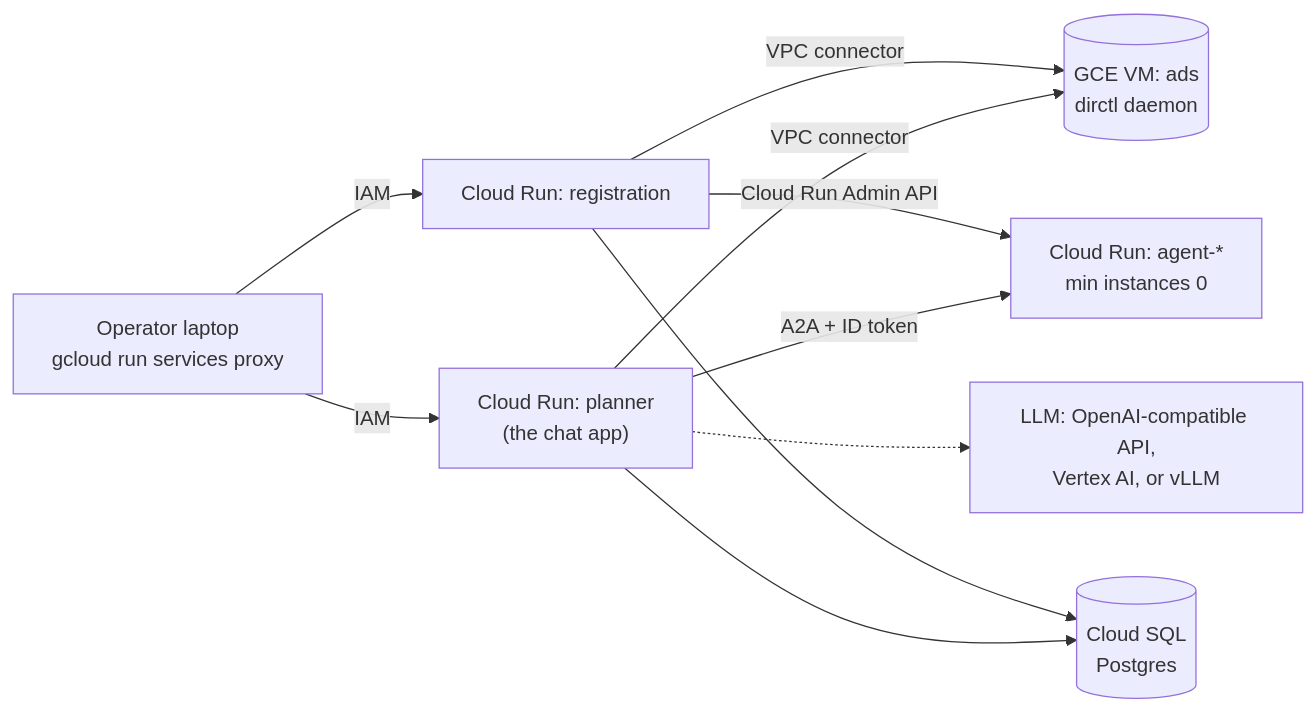
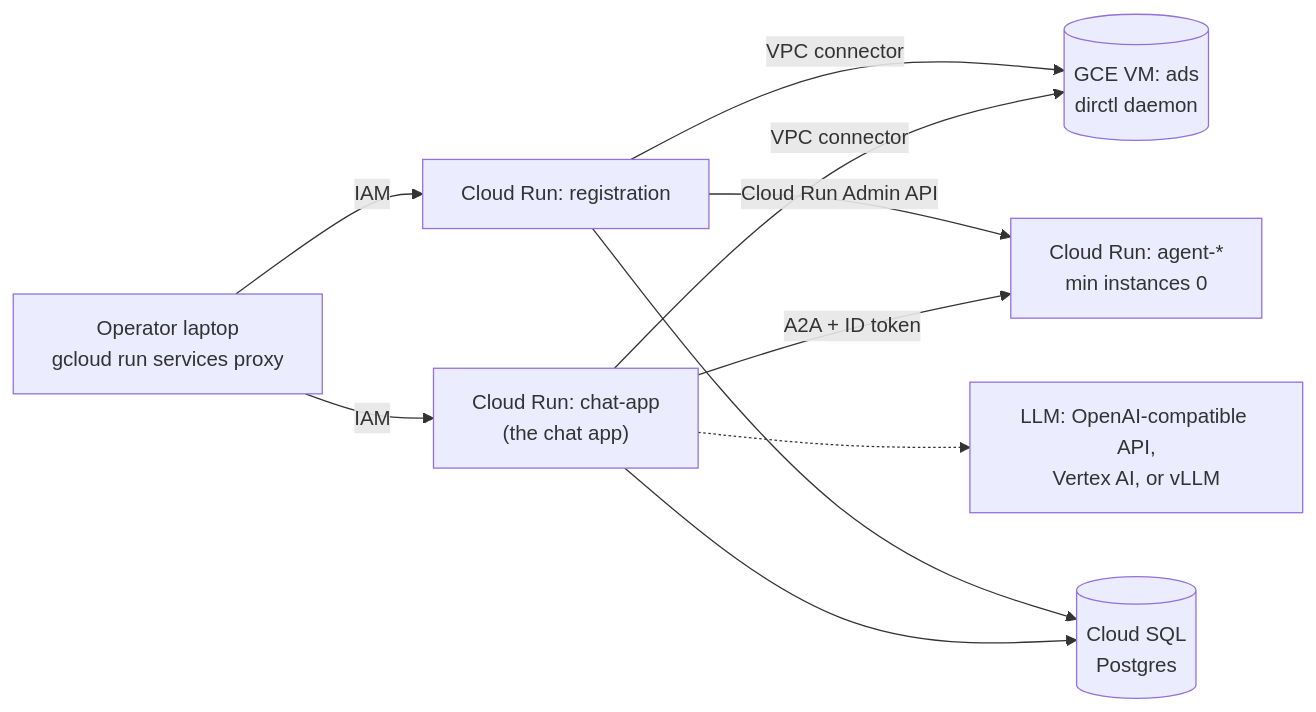
The diagram in docs/deployment/gcp/DEPLOY_YOUR_OWN.md (washu-dev/AgenticNetwork), drawn with Mermaid before and after one commit. The commit also changed other lines of this file and 35 other files, not shown here.

First line of the commit message:
refactor(deployment): deploy the chat app as chat-app, not planner

````diff
--- a/docs/deployment/gcp/DEPLOY_YOUR_OWN.md
+++ b/docs/deployment/gcp/DEPLOY_YOUR_OWN.md
@@ -50,12 +48,12 @@
 ```mermaid
 flowchart LR
-    OP["Operator laptop<br/>gcloud run services proxy"] -->|"IAM"| P["Cloud Run: planner<br/>(the chat app)"]
+    OP["Operator laptop<br/>gcloud run services proxy"] -->|"IAM"| P["Cloud Run: chat-app<br/>(the chat app)"]
     OP -->|"IAM"| R["Cloud Run: registration"]
     P -->|"VPC connector"| D[("GCE VM: ads<br/>dirctl daemon")]
     R -->|"VPC connector"| D
     P -->|"A2A + ID token"| A["Cloud Run: agent-*<br/>min instances 0"]
     R -->|"Cloud Run Admin API"| A
     P --> SQL[("Cloud SQL<br/>Postgres")]
     R --> SQL
     P -.-> L["LLM: OpenAI-compatible API,<br/>Vertex AI, or vLLM"]
 ```
````
